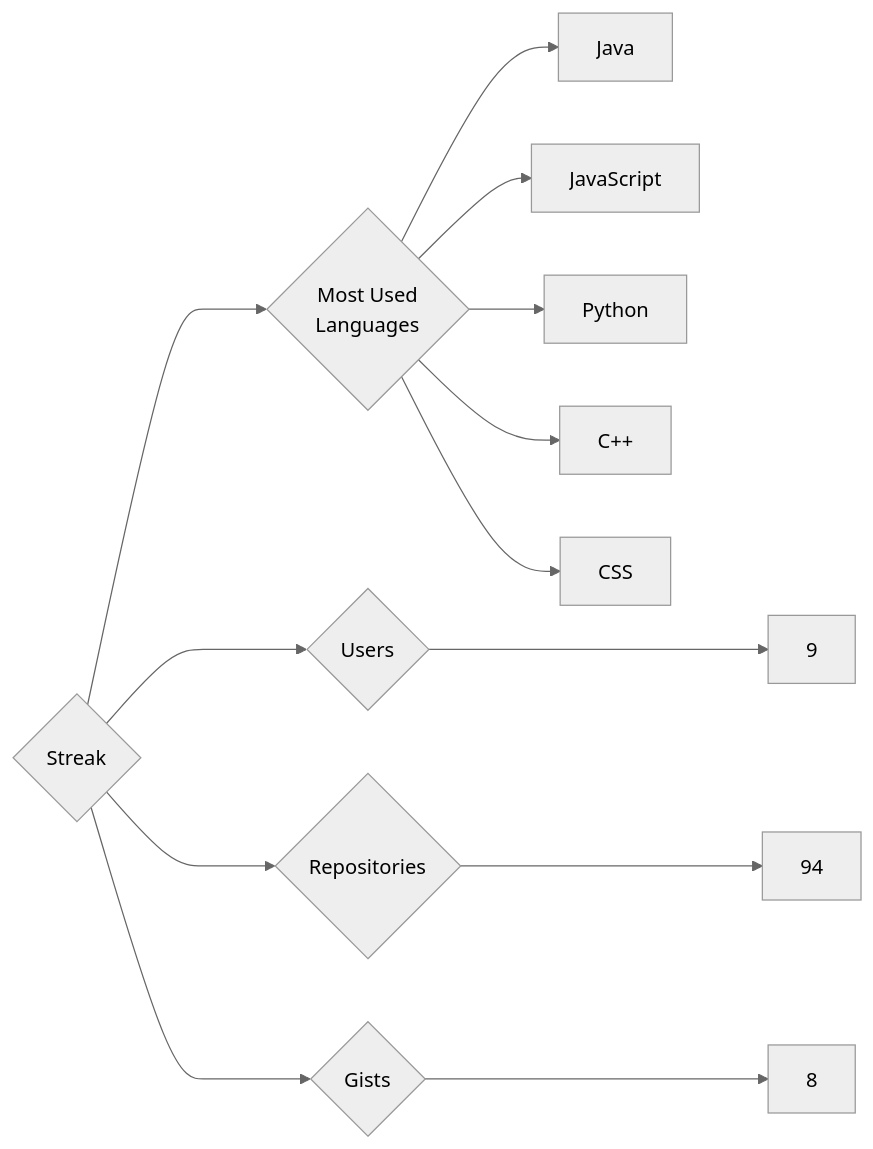
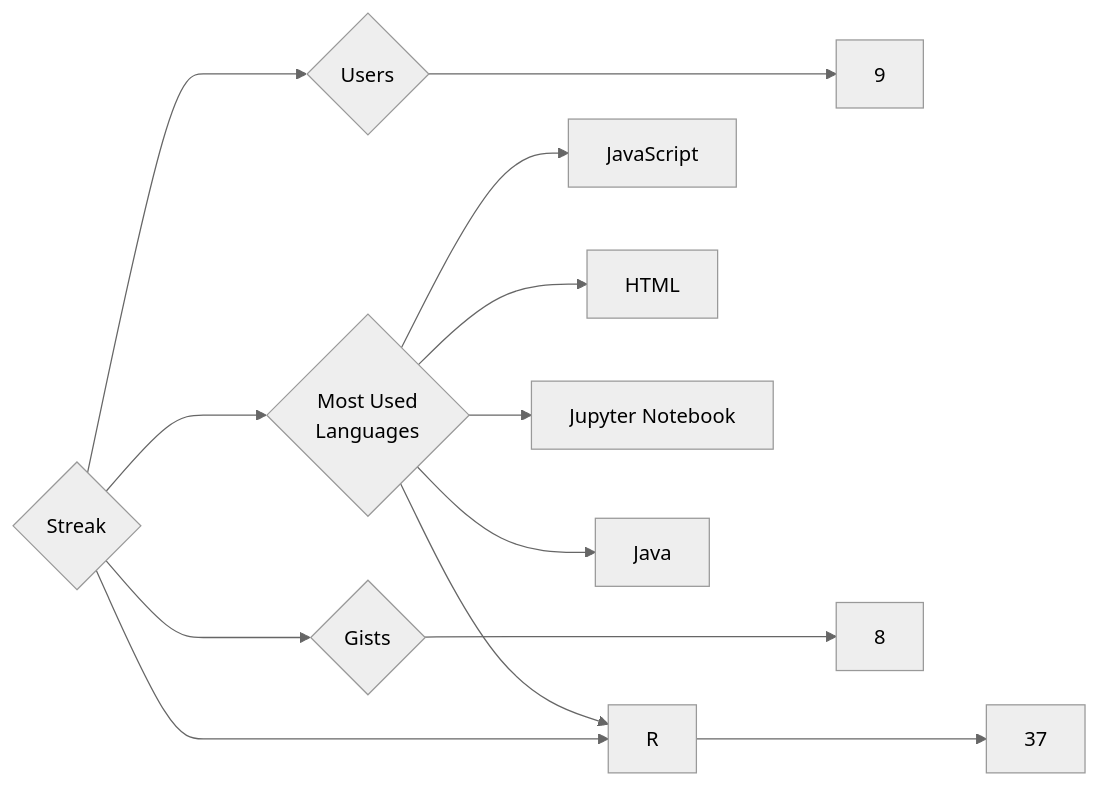
The diagram in targets/Streak/README.md (trickest/insiders), drawn with Mermaid (neutral theme) before and after one commit. The commit also changed 1484 other files, not shown here.

````diff
--- a/targets/Streak/README.md
+++ b/targets/Streak/README.md
@@ -3,13 +3,13 @@
 ```mermaid
 graph LR
 COMPANY_NAME{Streak}
 COMPANY_NAME ---> U{Users} ---> UN[9]
-COMPANY_NAME ---> R{Repositories} ---> RN[94]
+COMPANY_NAME ---> R{Repositories} ---> RN[37]
 COMPANY_NAME ---> G{Gists} ---> GN[8]
 COMPANY_NAME ---> ML{Most Used<br>Languages}
+ML --> JavaScript[JavaScript]
+ML --> HTML[HTML]
+ML --> R[R]
+ML --> Jupyter_Notebook[Jupyter Notebook]
 ML --> Java[Java]
-ML --> JavaScript[JavaScript]
-ML --> Python[Python]
-ML --> C++[C++]
-ML --> CSS[CSS]
 ```
````
